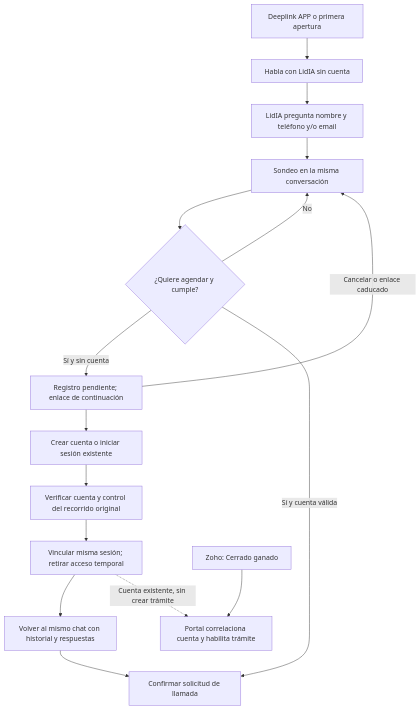
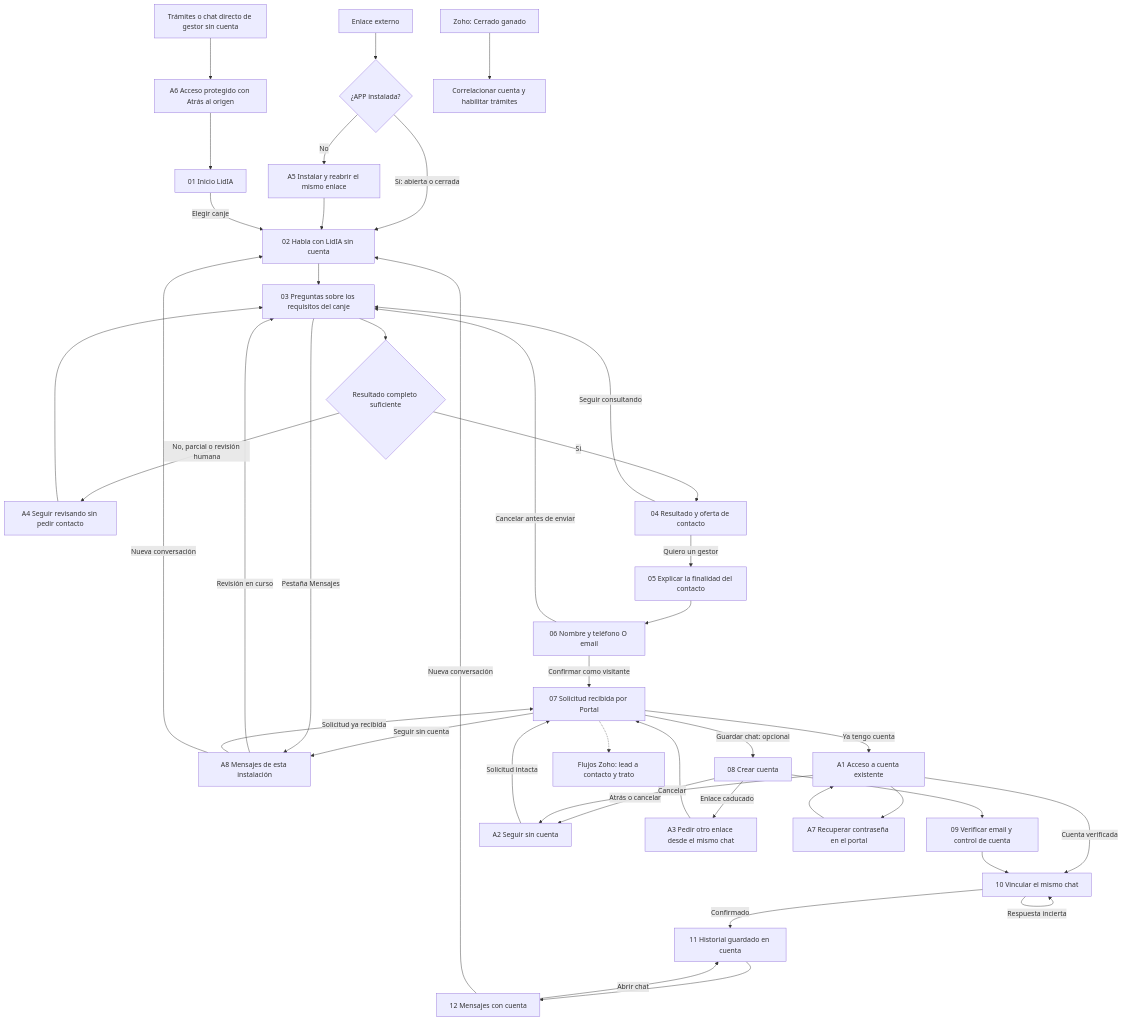
Before and after one commit to enmarkados/Gestadia_Portal: the diagram in docs/integraciones/2026-10-10-propuesta-app-anonima-lidia.md, drawn with Mermaid. The commit also changed other lines of this file and 52 other files, not shown here.

Commit message:
docs(app): revisar flujo anonimo y contacto visitante con mapas visuales

````diff
--- a/docs/integraciones/2026-10-10-propuesta-app-anonima-lidia.md
+++ b/docs/integraciones/2026-10-10-propuesta-app-anonima-lidia.md
@@ -37,18 +39,44 @@
 ```mermaid
 flowchart TD
-  E["Deeplink APP o primera apertura"] --> V["Habla con LidIA sin cuenta"]
-  V --> D["LidIA pregunta nombre y teléfono y/o email"]
-  D --> S["Sondeo en la misma conversación"]
-  S --> Q{"¿Quiere agendar y cumple?"}
-  Q -->|No| S
-  Q -->|Sí y sin cuenta| P["Registro pendiente; enlace de continuación"]
-  P --> R["Crear cuenta o iniciar sesión existente"]
-  R --> C["Verificar cuenta y control del recorrido original"]
-  C --> A["Vincular misma sesión; retirar acceso temporal"]
-  A --> H["Volver al mismo chat con historial y respuestas"]
-  H --> F["Confirmar solicitud de llamada"]
-  Q -->|Sí y cuenta válida| F
-  P -->|Cancelar o enlace caducado| S
-  Z["Zoho: Cerrado ganado"] --> T["Portal correlaciona cuenta y habilita trámite"]
-  A -.->|Cuenta existente, sin crear trámite| T
+  EXT[Enlace externo] --> INST{¿APP instalada?}
+  INST -->|Sí: abierta o cerrada| N[02 Habla con LidIA sin cuenta]
+  INST -->|No| TIENDA[A5 Instalar y reabrir el mismo enlace]
+  TIENDA --> N
+  HOME[01 Inicio LidIA] -->|Elegir canje| N
+  N --> Q[03 Preguntas sobre los requisitos del canje]
+  Q --> E{Resultado completo suficiente}
+  E -->|No, parcial o revisión humana| REV[A4 Seguir revisando sin pedir contacto]
+  REV --> Q
+  E -->|Sí| RES[04 Resultado y oferta de contacto]
+  RES -->|Seguir consultando| Q
+  RES -->|Quiero un gestor| C[05 Explicar la finalidad del contacto]
+  C --> D[06 Nombre y teléfono O email]
+  D -->|Confirmar como visitante| REC[07 Solicitud recibida por Portal]
+  D -->|Cancelar antes de enviar| Q
+  REC -->|Seguir sin cuenta| GM[A8 Mensajes de esta instalación]
+  Q -->|Pestaña Mensajes| GM
+  GM -->|Revisión en curso| Q
+  GM -->|Solicitud ya recibida| REC
+  GM -->|Nueva conversación| N
+  REC -->|Guardar chat: opcional| R[08 Crear cuenta]
+  REC -->|Ya tengo cuenta| LOGIN[A1 Acceso a cuenta existente]
+  R --> V[09 Verificar email y control de cuenta]
+  LOGIN -->|Cuenta verificada| LINK
+  V --> LINK[10 Vincular el mismo chat]
+  LINK -->|Confirmado| CHAT[11 Historial guardado en cuenta]
+  LINK -->|Respuesta incierta| LINK
+  CHAT --> M[12 Mensajes con cuenta]
+  M -->|Abrir chat| CHAT
+  M -->|Nueva conversación| N
+  R -->|Atrás o cancelar| CANCEL[A2 Seguir sin cuenta]
+  LOGIN -->|Cancelar| CANCEL
+  CANCEL -->|Solicitud intacta| REC
+  R -->|Enlace caducado| EXP[A3 Pedir otro enlace desde el mismo chat]
+  EXP --> REC
+  LOGIN --> FORGOT[A7 Recuperar contraseña en el portal]
+  FORGOT --> LOGIN
+  T[Trámites o chat directo de gestor sin cuenta] --> ACCESS[A6 Acceso protegido con Atrás al origen]
+  ACCESS --> HOME
+  REC -.-> CRM[Flujos Zoho: lead a contacto y trato]
+  Z[Zoho: Cerrado ganado] --> CLIENT[Correlacionar cuenta y habilitar trámites]
 ```
````
